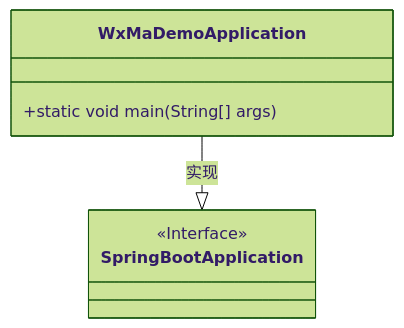
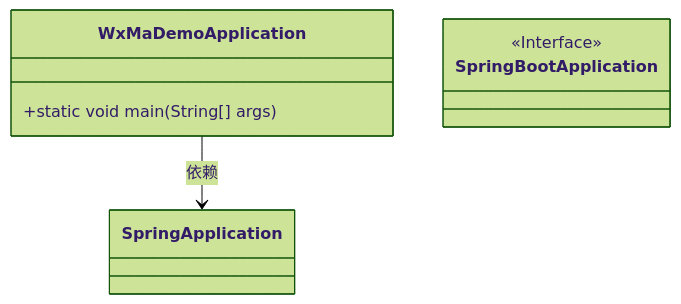
The first of 2 diagrams in docs/zh/docs/src/main/java/com/github/binarywang/demo/wx/miniapp/WxMaDemoApplication.md (v-wjrong/binary_weixin-java-miniapp-demo), drawn with Mermaid (forest theme) before and after one commit. The commit also changed other lines of this file and 47 other files, not shown here.

````diff
--- a/docs/zh/docs/src/main/java/com/github/binarywang/demo/wx/miniapp/WxMaDemoApplication.md
+++ b/docs/zh/docs/src/main/java/com/github/binarywang/demo/wx/miniapp/WxMaDemoApplication.md
@@ -36,12 +36,12 @@
 ```mermaid
 classDiagram
     class WxMaDemoApplication {
         +static void main(String[] args)
     }
 
     class SpringBootApplication <<Interface>> {
         <<Interface>>
     }
 
-    WxMaDemoApplication --|> SpringBootApplication : 实现
+    WxMaDemoApplication --> SpringApplication : 依赖
 ```
````
